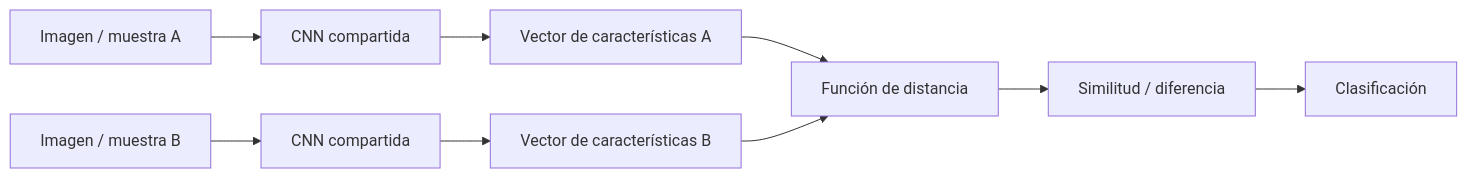
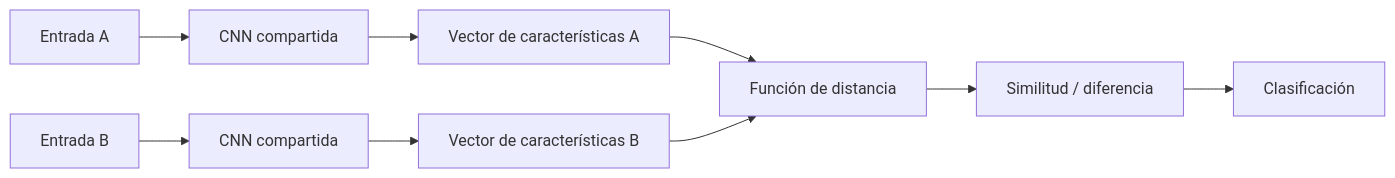
One commit to LuisCasas23-cell/Clasificaci-n-de-v-deo-RGB-y-termogr-fico-mediante-redes-convolucionales-siamesas changed the third of 3 diagrams in README.md. Above: the diagram before and after it, drawn with Mermaid. The commit also changed other lines of this file, not shown here.

````diff
--- a/README.md
+++ b/README.md
@@ -370,14 +256,11 @@
 ```mermaid
 flowchart LR
-    A[Imagen / muestra A] --> C[CNN compartida]
-    B[Imagen / muestra B] --> D[CNN compartida]
-
+    A[Entrada A] --> C[CNN compartida]
+    B[Entrada B] --> D[CNN compartida]
     C --> E[Vector de características A]
     D --> F[Vector de características B]
-
     E --> G[Función de distancia]
     F --> G
-
     G --> H[Similitud / diferencia]
     H --> I[Clasificación]
 ```
````
